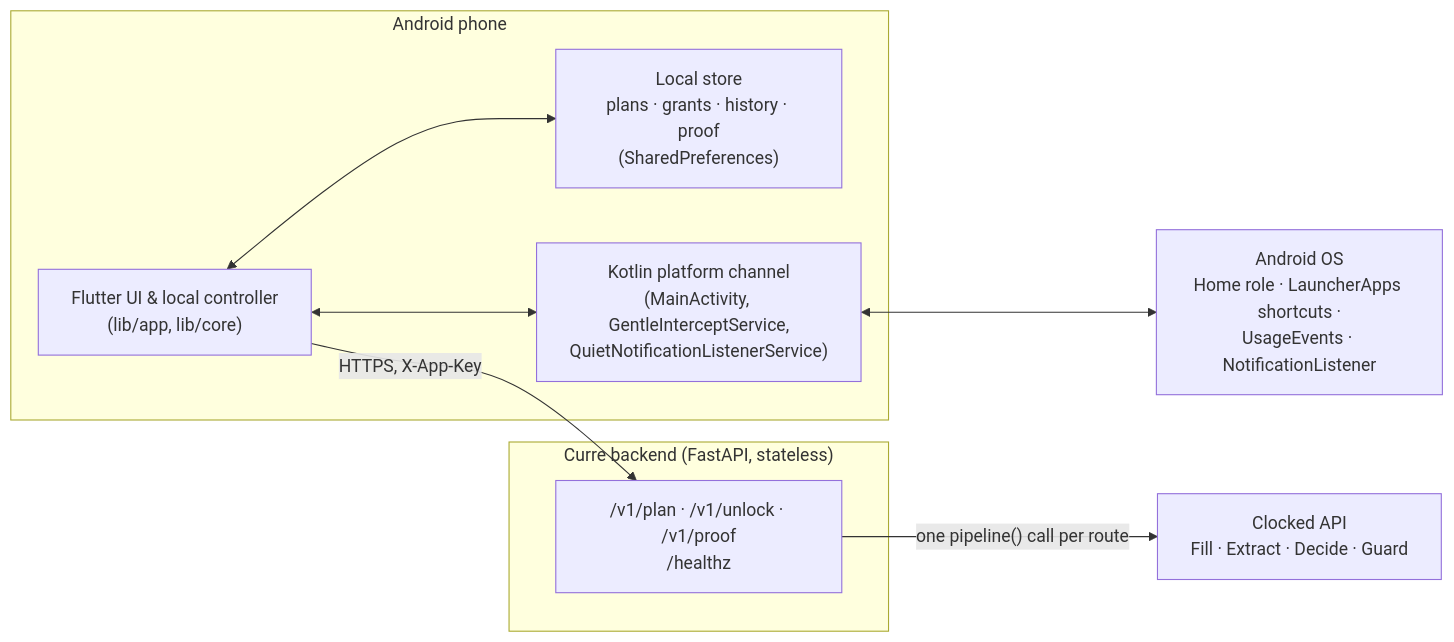
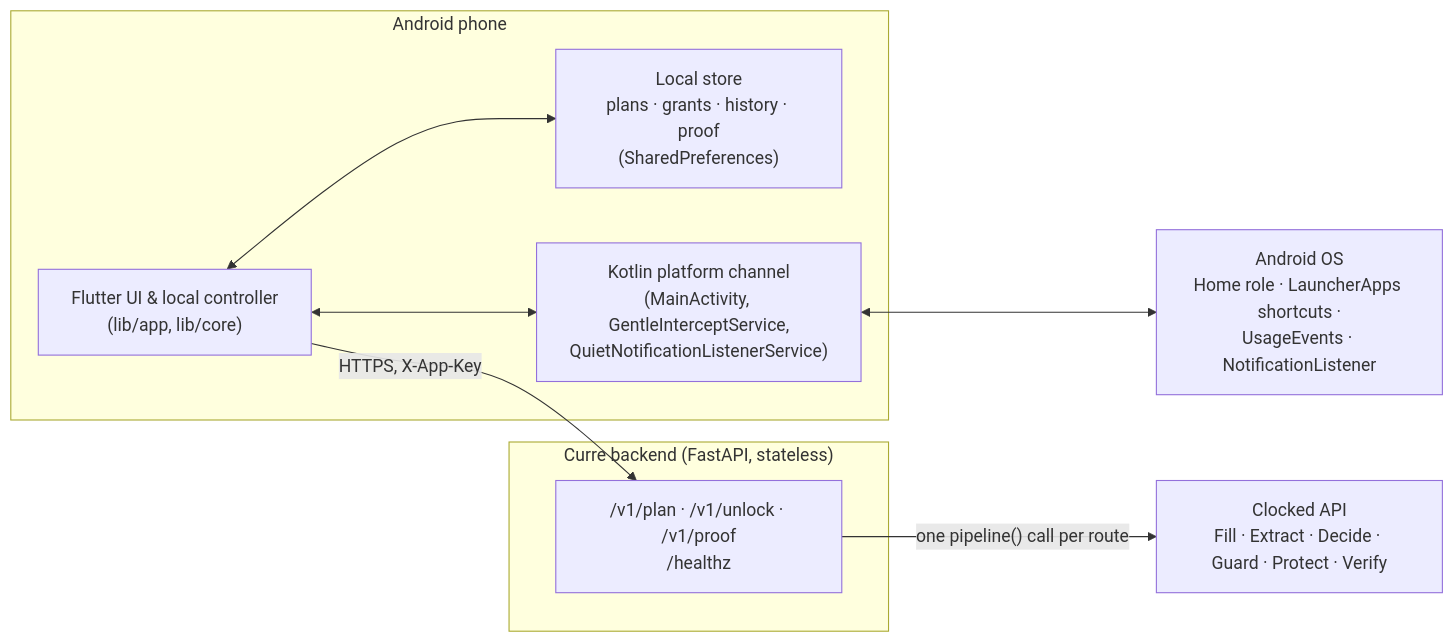
The diagram in README.md (MI-TECHDLIN/curre), drawn with Mermaid before and after one commit. The commit also changed other lines of this file and 24 other files, not shown here.

````diff
--- a/README.md
+++ b/README.md
@@ -104,22 +107,22 @@
 ```mermaid
 flowchart LR
     subgraph Phone["Android phone"]
         UI["Flutter UI & local controller\n(lib/app, lib/core)"]
         Store["Local store\nplans · grants · history · proof\n(SharedPreferences)"]
         Kotlin["Kotlin platform channel\n(MainActivity, GentleInterceptService,\nQuietNotificationListenerService)"]
     end
 
     Android["Android OS\nHome role · LauncherApps shortcuts ·\nUsageEvents · NotificationListener"]
 
     subgraph Backend["Curre backend (FastAPI, stateless)"]
         Routes["/v1/plan · /v1/unlock · /v1/proof\n/healthz"]
     end
 
-    Clocked["Clocked API\nFill · Extract · Decide · Guard"]
+    Clocked["Clocked API\nFill · Extract · Decide · Guard · Protect · Verify"]
 
     UI <--> Store
     UI <--> Kotlin
     Kotlin <--> Android
     UI -- "HTTPS, X-App-Key" --> Routes
     Routes -- "one pipeline() call per route" --> Clocked
 ```
````
